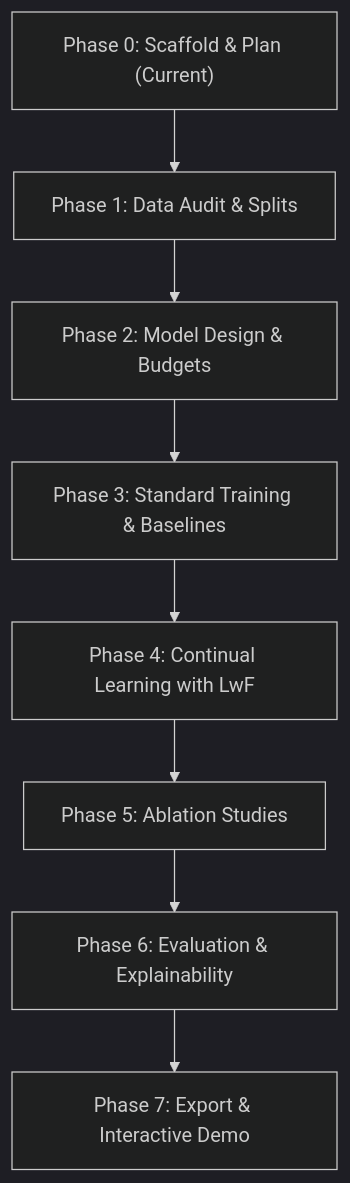
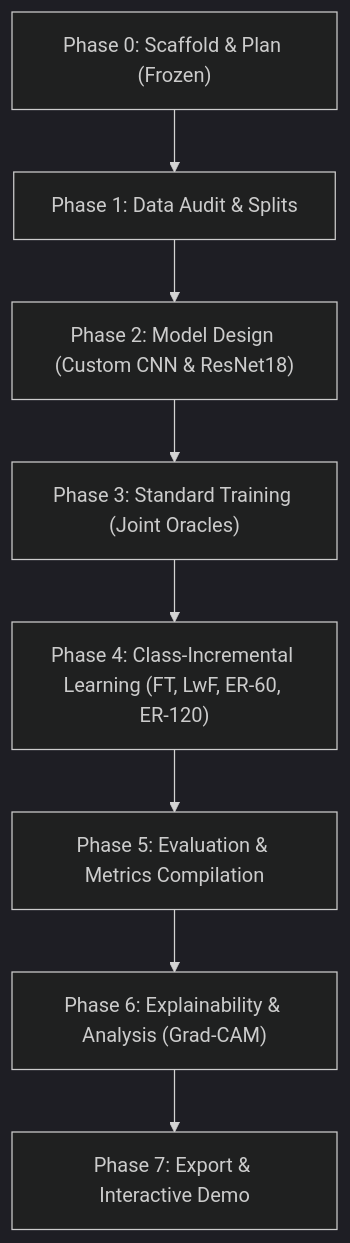
The diagram in docs/PLAN.md (Harsh-3012-Makwana/brain-tumor-lwf), drawn with Mermaid (dark theme) before and after one commit. The commit also changed other lines of this file and 16 other files, not shown here.

````diff
--- a/docs/PLAN.md
+++ b/docs/PLAN.md
@@ -147,10 +146,10 @@
 ```mermaid
 flowchart TD
-    P0["Phase 0: Scaffold & Plan (Current)"] --> P1["Phase 1: Data Audit & Splits"]
-    P1 --> P2["Phase 2: Model Design & Budgets"]
-    P2 --> P3["Phase 3: Standard Training & Baselines"]
-    P3 --> P4["Phase 4: Continual Learning with LwF"]
-    P4 --> P5["Phase 5: Ablation Studies"]
-    P5 --> P6["Phase 6: Evaluation & Explainability"]
+    P0["Phase 0: Scaffold & Plan (Frozen)"] --> P1["Phase 1: Data Audit & Splits"]
+    P1 --> P2["Phase 2: Model Design (Custom CNN & ResNet18)"]
+    P2 --> P3["Phase 3: Standard Training (Joint Oracles)"]
+    P3 --> P4["Phase 4: Class-Incremental Learning (FT, LwF, ER-60, ER-120)"]
+    P4 --> P5["Phase 5: Evaluation & Metrics Compilation"]
+    P5 --> P6["Phase 6: Explainability & Analysis (Grad-CAM)"]
     P6 --> P7["Phase 7: Export & Interactive Demo"]
 ```
````
